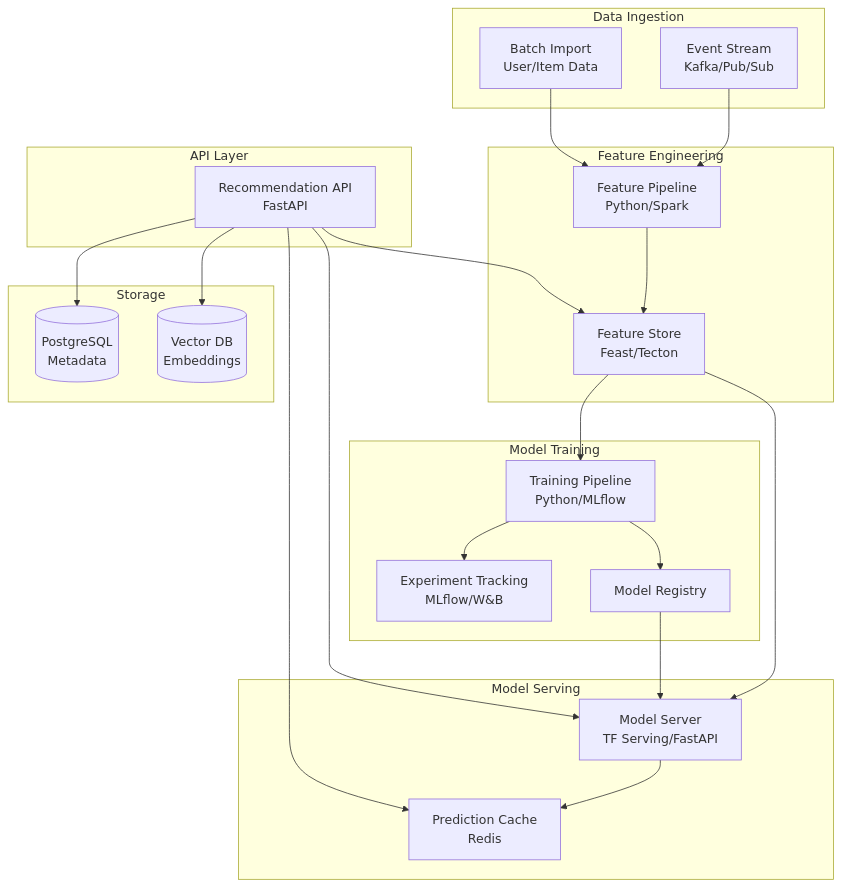
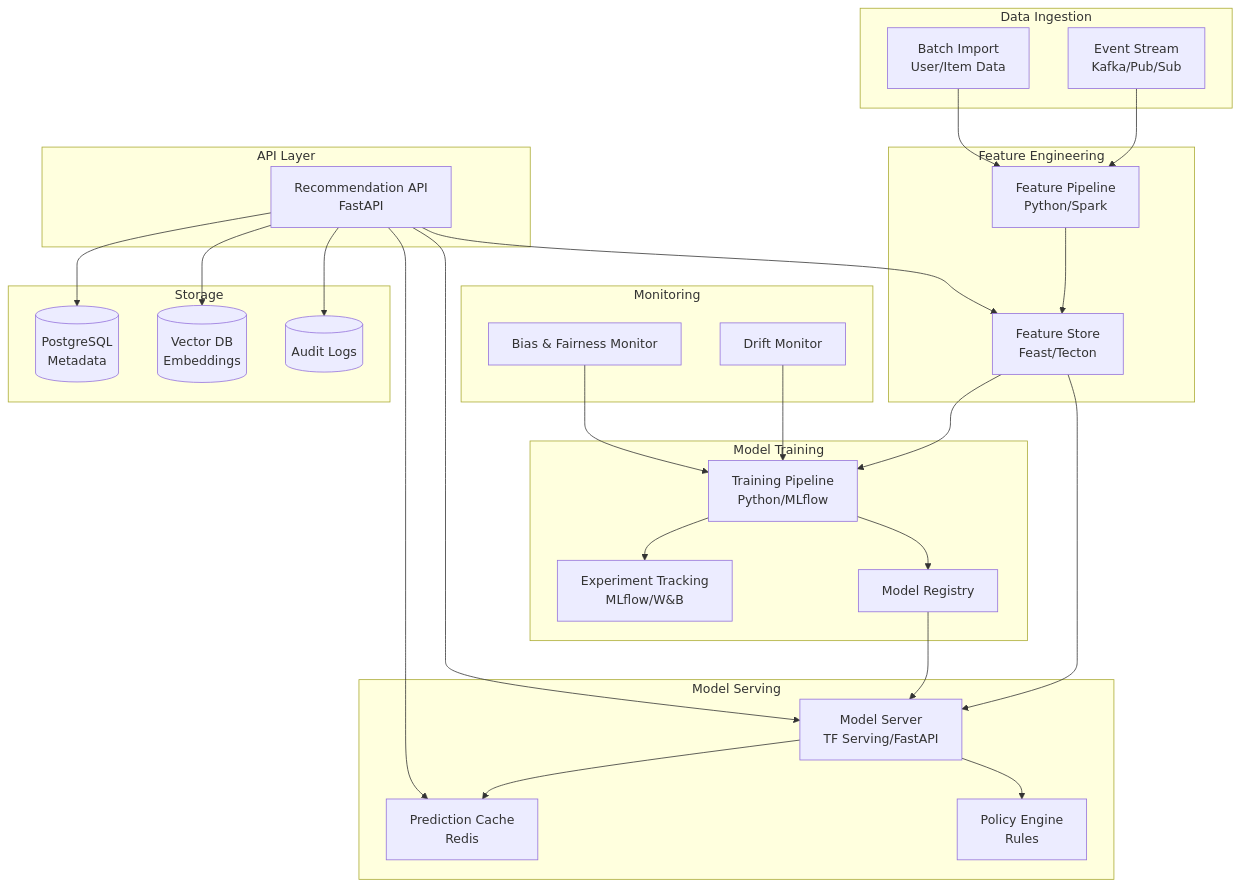
The diagram in Smart Recommendation Engine/high-level-design/architecture-diagram.md (0Ankit0/Project-Ideas), drawn with Mermaid before and after one commit. The commit also changed 18 other files, not shown here.

Commit message:
feat: Add comprehensive edge case documentation, business rules, and data dictionary for Smart Recommendation Engine

````diff
--- a/Smart Recommendation Engine/high-level-design/architecture-diagram.md
+++ b/Smart Recommendation Engine/high-level-design/architecture-diagram.md
@@ -5,50 +5,61 @@
 ```mermaid
 graph TB
     subgraph "Data Ingestion"
         EVENTS[Event Stream<br/>Kafka/Pub/Sub]
         BATCH[Batch Import<br/>User/Item Data]
     end
     
     subgraph "Feature Engineering"
         FEATURE_PIPELINE[Feature Pipeline<br/>Python/Spark]
         FEATURE_STORE[Feature Store<br/>Feast/Tecton]
     end
     
     subgraph "Model Training"
         TRAIN[Training Pipeline<br/>Python/MLflow]
         EXP[Experiment Tracking<br/>MLflow/W&B]
         REGISTRY[Model Registry]
     end
+
+    subgraph "Monitoring"
+        DRIFT[Drift Monitor]
+        BIAS[Bias & Fairness Monitor]
+    end
     
     subgraph "Model Serving"
         SERVING[Model Server<br/>TF Serving/FastAPI]
         CACHE[Prediction Cache<br/>Redis]
+        POLICY[Policy Engine<br/>Rules]
     end
     
     subgraph "API Layer"
         API[Recommendation API<br/>FastAPI]
     end
     
     subgraph "Storage"
         DB[(PostgreSQL<br/>Metadata)]
         VECTOR[(Vector DB<br/>Embeddings)]
+        AUDIT[(Audit Logs)]
     end
     
     EVENTS --> FEATURE_PIPELINE
     BATCH --> FEATURE_PIPELINE
     FEATURE_PIPELINE --> FEATURE_STORE
     
     FEATURE_STORE --> TRAIN
     TRAIN --> EXP
     TRAIN --> REGISTRY
+    DRIFT --> TRAIN
+    BIAS --> TRAIN
     
     FEATURE_STORE --> SERVING
     REGISTRY --> SERVING
     SERVING --> CACHE
+    SERVING --> POLICY
     
     API --> FEATURE_STORE
     API --> SERVING
     API --> CACHE
     API --> DB
     API --> VECTOR
+    API --> AUDIT
 ```
````
